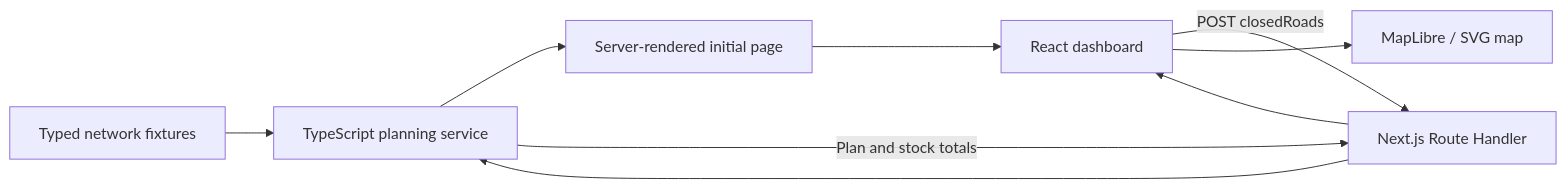
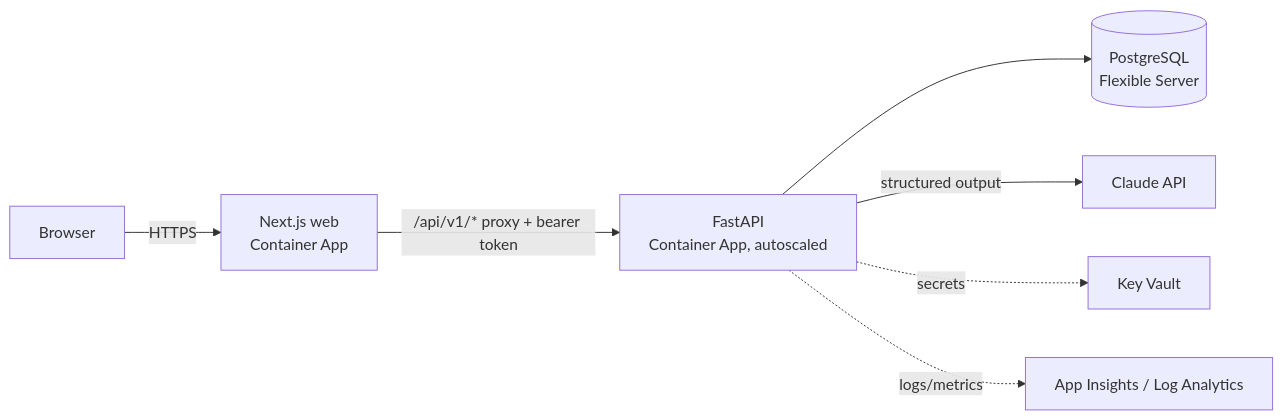
Before and after one commit to yaraPB/BCG_platinion_team4: the diagram in docs/ARCHITECTURE.md, drawn with Mermaid. The commit also changed other lines of this file and 93 other files, not shown here.

````diff
--- a/docs/ARCHITECTURE.md
+++ b/docs/ARCHITECTURE.md
@@ -7,11 +3,9 @@
 ```mermaid
 flowchart LR
-  Data[Typed network fixtures] --> Planner[TypeScript planning service]
-  Planner --> Page[Server-rendered initial page]
-  Page --> UI[React dashboard]
-  UI -->|POST closedRoads| API[Next.js Route Handler]
-  API --> Planner
-  Planner -->|Plan and stock totals| API
-  API --> UI
-  UI --> Map[MapLibre / SVG map]
+  Browser -->|HTTPS| Web[Next.js web<br/>Container App]
+  Web -->|/api/v1/* proxy + bearer token| API[FastAPI<br/>Container App, autoscaled]
+  API --> DB[(PostgreSQL<br/>Flexible Server)]
+  API -->|structured output| LLM[Claude API]
+  API -.secrets.-> KV[Key Vault]
+  API -.logs/metrics.-> AI[App Insights / Log Analytics]
 ```
````
